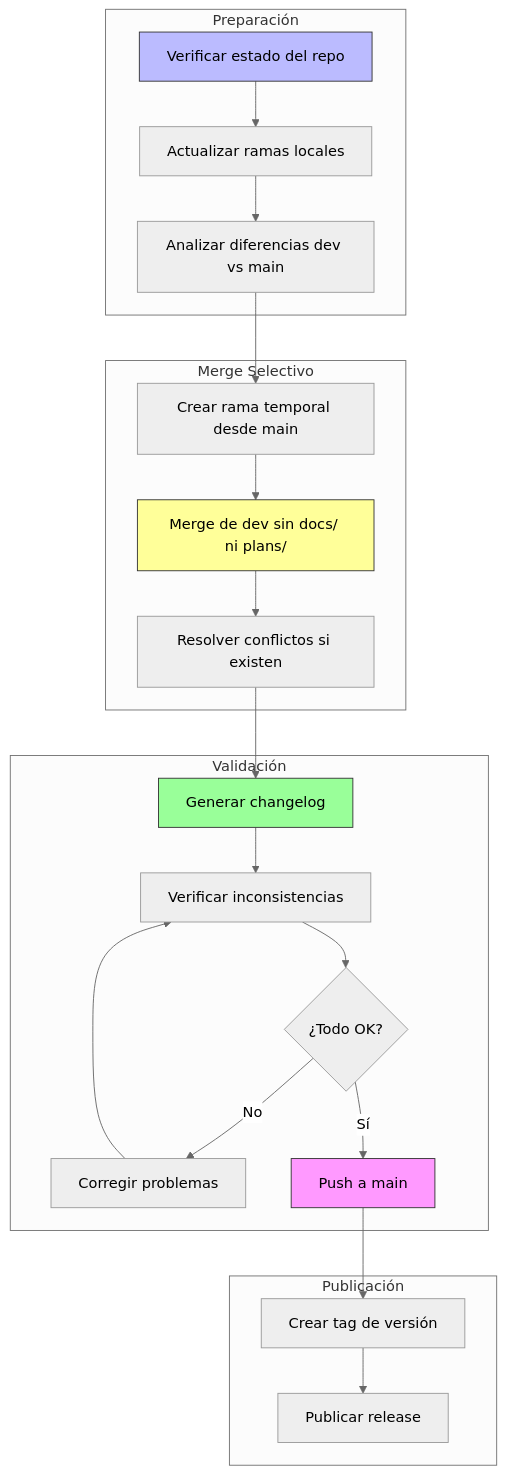
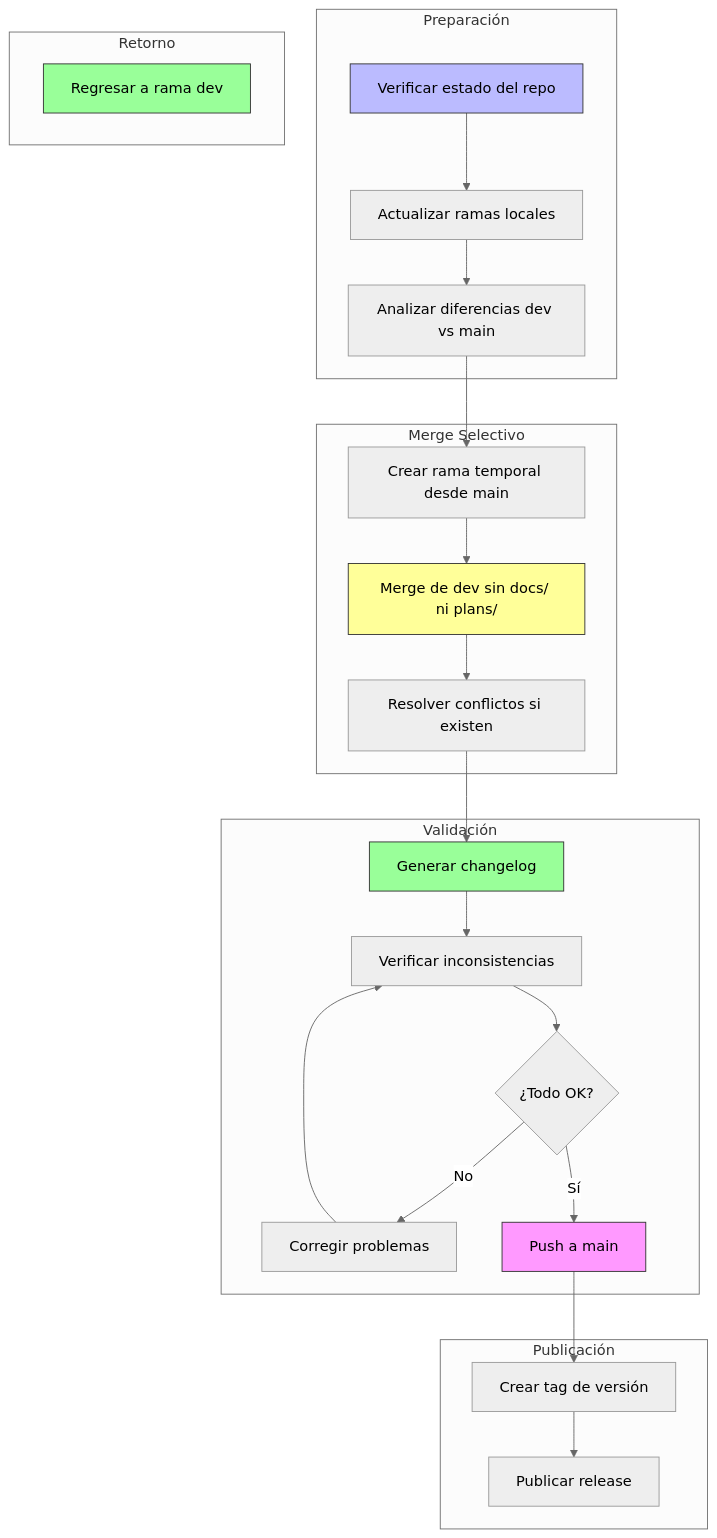
One commit to ersus93/bbalert changed the diagram in plans/merge-dev-to-main-plan.md. Above: the diagram before and after it, drawn with Mermaid (neutral theme). The commit also changed other lines of this file, not shown here.

First line of the commit message:
docs: actualizar plan de merge con paso de retorno a dev

````diff
--- a/plans/merge-dev-to-main-plan.md
+++ b/plans/merge-dev-to-main-plan.md
@@ -44,32 +45,37 @@
 ```mermaid
 flowchart TB
     subgraph Preparación
         A[Verificar estado del repo] --> B[Actualizar ramas locales]
         B --> C[Analizar diferencias dev vs main]
     end
     
     subgraph Merge Selectivo
         C --> D[Crear rama temporal desde main]
         D --> E[Merge de dev sin docs/ ni plans/]
         E --> F[Resolver conflictos si existen]
     end
     
     subgraph Validación
         F --> G[Generar changelog]
         G --> H[Verificar inconsistencias]
         H --> I{¿Todo OK?}
         I -->|No| J[Corregir problemas]
         J --> H
         I -->|Sí| K[Push a main]
     end
     
     subgraph Publicación
         K --> L[Crear tag de versión]
         L --> M[Publicar release]
     end
-    
+
+    subgraph Retorno
+        N[Regresar a rama dev]
+    end
+
     style A fill:#bbf,stroke:#333
     style E fill:#ff9,stroke:#333
     style G fill:#9f9,stroke:#333
     style K fill:#f9f,stroke:#333
+    style N fill:#9f9,stroke:#333
 ```
````
